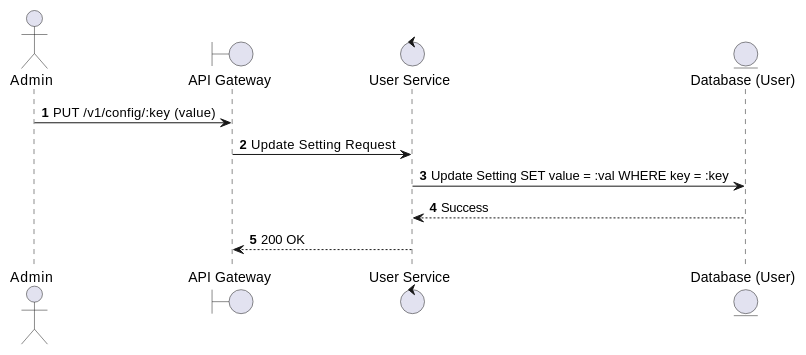
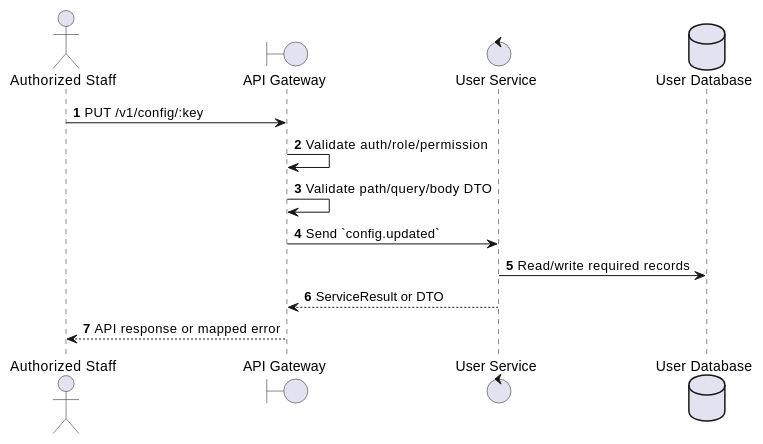
The first of 2 diagrams in docs/functional_specs/3.12_System_Configuration_Module/CF-02_Update_Setting.md (Tanh1603/movie-hub-architecture), drawn with PlantUML before and after one commit. The commit also changed other lines of this file and 126 other files, not shown here.

````diff
--- a/docs/functional_specs/3.12_System_Configuration_Module/CF-02_Update_Setting.md
+++ b/docs/functional_specs/3.12_System_Configuration_Module/CF-02_Update_Setting.md
@@ -17,15 +17,17 @@
 ```plantuml
 @startuml
 autonumber
-actor Admin
+actor "Authorized Staff" as Actor
 boundary "API Gateway" as GW
-control "User Service" as US
-entity "Database (User)" as DB
+control "User Service" as SVC
+database "User Database" as DB
 
-Admin -> GW: PUT /v1/config/:key (value)
-GW -> US: Update Setting Request
-US -> DB: Update Setting SET value = :val WHERE key = :key
-DB --> US: Success
-US --> GW: 200 OK
+Actor -> GW: PUT /v1/config/:key
+GW -> GW: Validate auth/role/permission
+GW -> GW: Validate path/query/body DTO
+GW -> SVC: Send `config.updated`
+SVC -> DB: Read/write required records
+SVC --> GW: ServiceResult or DTO
+GW --> Actor: API response or mapped error
 @enduml
 ```
````
